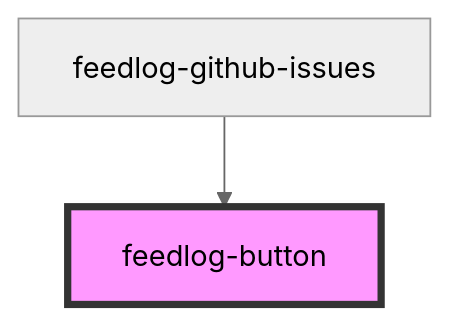
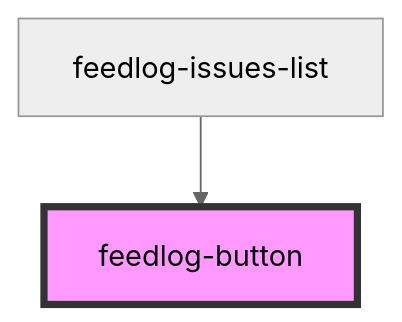
Before and after one commit to FeedlogAI/feedlog-toolkit: the diagram in packages/webcomponents/src/components/feedlog-button/readme.md, drawn with Mermaid (neutral theme). The commit also changed other lines of this file and 41 other files, not shown here.

Commit message:
Refactor Feedlog components: Introduce FeedlogGithubIssuesBase and FeedlogIssuesList for improved structure; update theme support and remove redundant styles. Adjust package.json for Storybook port and dependencies.

````diff
--- a/packages/webcomponents/src/components/feedlog-button/readme.md
+++ b/packages/webcomponents/src/components/feedlog-button/readme.md
@@ -38,5 +38,5 @@
 ```mermaid
 graph TD;
-  feedlog-github-issues --> feedlog-button
+  feedlog-issues-list --> feedlog-button
   style feedlog-button fill:#f9f,stroke:#333,stroke-width:4px
 ```
````
